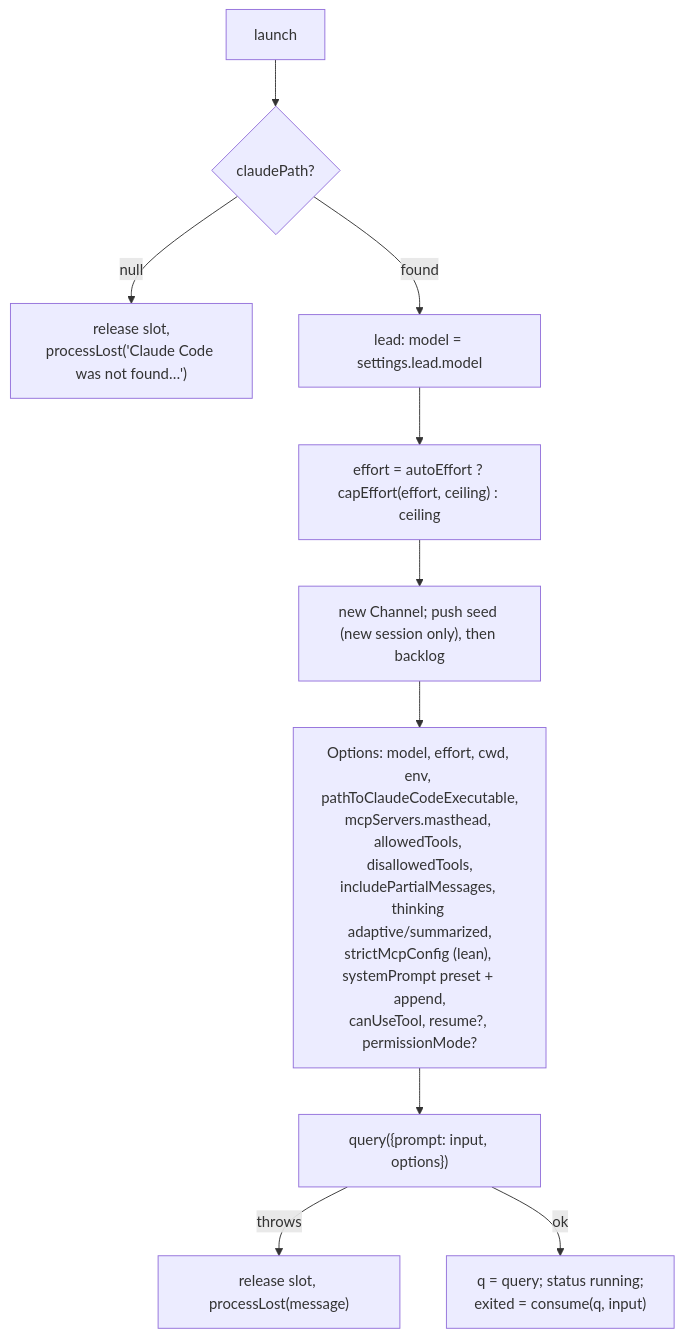
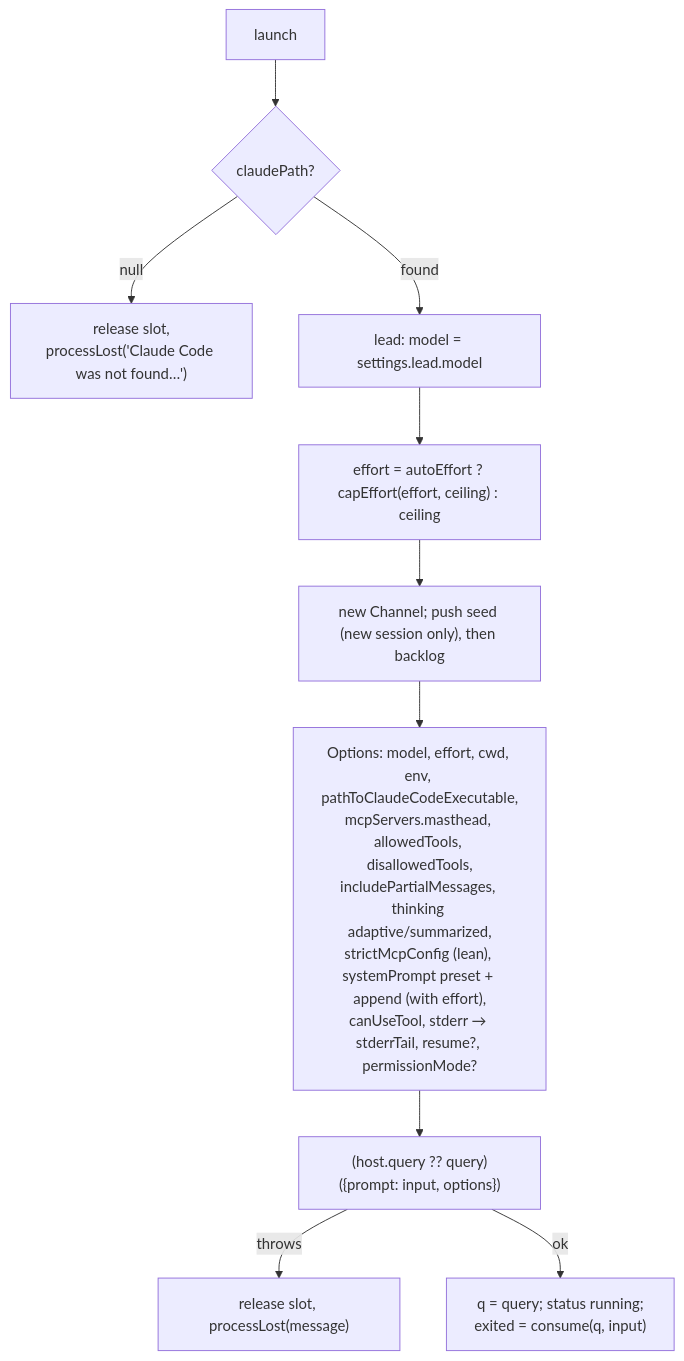
One commit to Luxorium/masthead changed the diagram in docs/wiki/Source-Agent.md. Above: the diagram before and after it, drawn with Mermaid. The commit also changed other lines of this file and 71 other files, not shown here.

````diff
--- a/docs/wiki/Source-Agent.md
+++ b/docs/wiki/Source-Agent.md
@@ -95,12 +106,12 @@
 ```mermaid
 flowchart TD
   A[launch] --> B{claudePath?}
   B -- null --> B1["release slot,<br/>processLost('Claude Code was not found…')"]
   B -- found --> C["lead: model = settings.lead.model"]
   C --> D["effort = autoEffort ? capEffort(effort, ceiling) : ceiling"]
   D --> E["new Channel; push seed (new session only), then backlog"]
-  E --> F["Options: model, effort, cwd, env, pathToClaudeCodeExecutable,<br/>mcpServers.masthead, allowedTools, disallowedTools,<br/>includePartialMessages, thinking adaptive/summarized,<br/>strictMcpConfig (lean), systemPrompt preset + append,<br/>canUseTool, resume?, permissionMode?"]
-  F --> G["query({prompt: input, options})"]
+  E --> F["Options: model, effort, cwd, env, pathToClaudeCodeExecutable,<br/>mcpServers.masthead, allowedTools, disallowedTools,<br/>includePartialMessages, thinking adaptive/summarized,<br/>strictMcpConfig (lean), systemPrompt preset + append (with effort),<br/>canUseTool, stderr → stderrTail, resume?, permissionMode?"]
+  F --> G["(host.query ?? query)({prompt: input, options})"]
   G -- throws --> G1["release slot, processLost(message)"]
   G -- ok --> H["q = query; status running;<br/>exited = consume(q, input)"]
 ```
````
